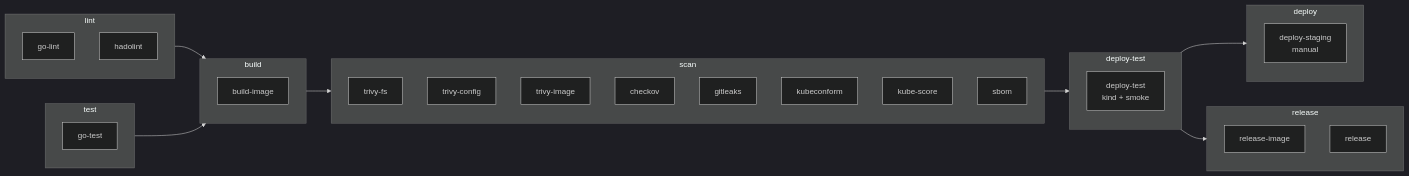
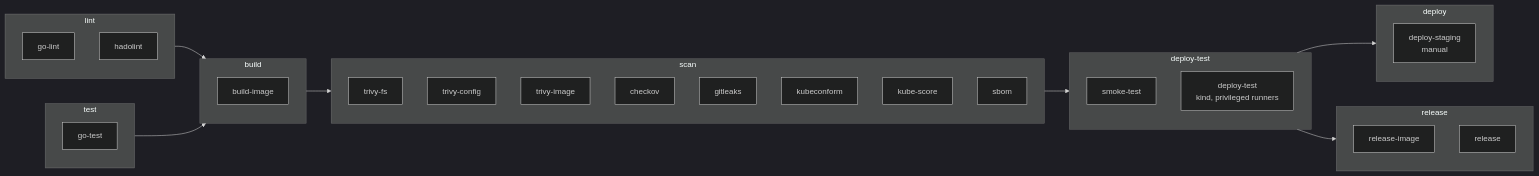
One commit to abhichandra-v/gitlab-cicd-container-security changed the second of 2 diagrams in README.md. Above: the diagram before and after it, drawn with Mermaid (dark theme). The commit also changed other lines of this file and 10 other files, not shown here.

````diff
--- a/README.md
+++ b/README.md
@@ -47,39 +51,40 @@
 ```mermaid
 flowchart LR
   subgraph lint
     A1[go-lint]
     A2[hadolint]
   end
   subgraph test
     B1[go-test]
   end
   subgraph build
     C1[build-image]
   end
   subgraph scan
     D1[trivy-fs]
     D2[trivy-config]
     D3[trivy-image]
     D4[checkov]
     D5[gitleaks]
     D6[kubeconform]
     D7[kube-score]
     D8[sbom]
   end
   subgraph deploy-test
-    E1[deploy-test<br/>kind + smoke]
+    E0[smoke-test]
+    E1[deploy-test<br/>kind, privileged runners]
   end
   subgraph deploy
     F1[deploy-staging<br/>manual]
   end
   subgraph release
     G1[release-image]
     G2[release]
   end
   lint --> build
   test --> build
   build --> scan
   scan --> deploy-test
   deploy-test --> deploy
   deploy-test --> release
 ```
````
